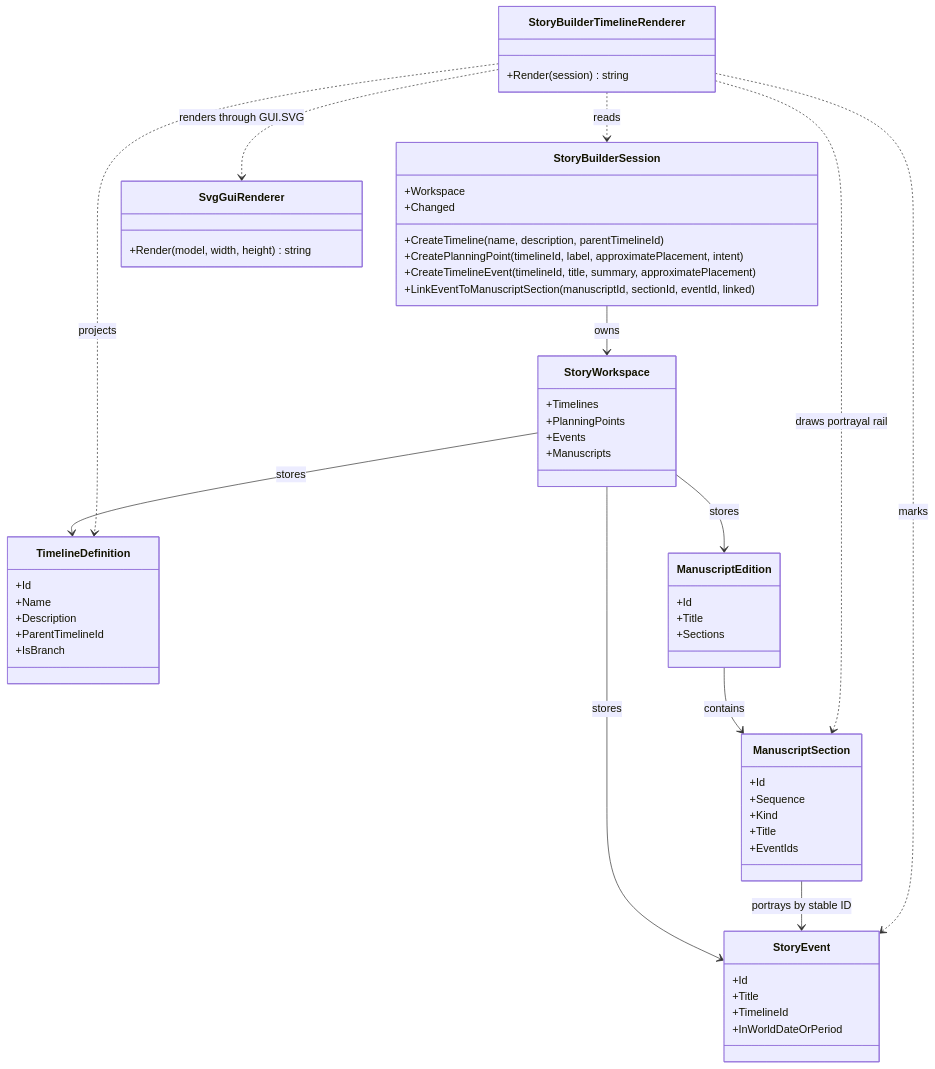
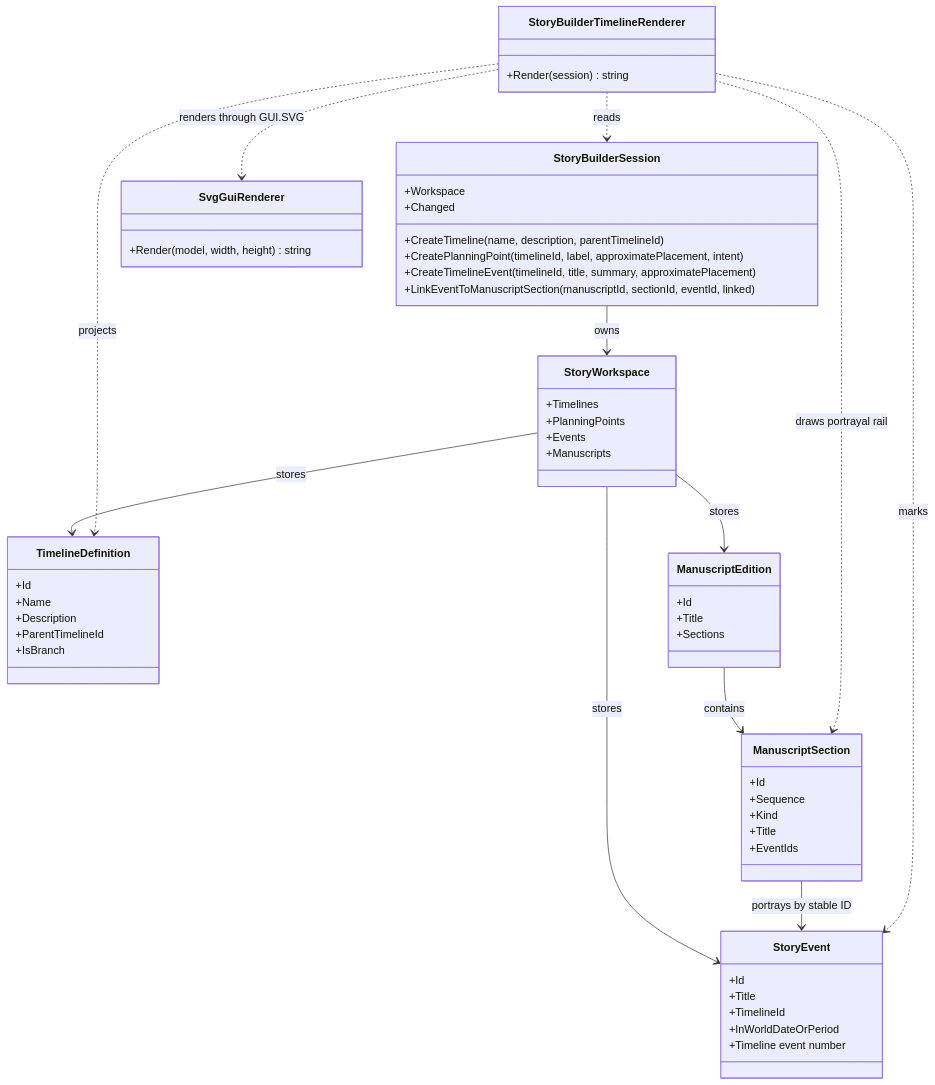
The diagram in docs/UML/StoryBuilderTimelineRendererUML.md (TrentBest/StoryBuilder), drawn with Mermaid before and after one commit. The commit also changed other lines of this file and 3 other files, not shown here.

Commit message:
Number timeline events across their book portrayal rail

````diff
--- a/docs/UML/StoryBuilderTimelineRendererUML.md
+++ b/docs/UML/StoryBuilderTimelineRendererUML.md
@@ -5,59 +5,60 @@
 ```mermaid
 classDiagram
     class StoryBuilderSession {
         +Workspace
         +CreateTimeline(name, description, parentTimelineId)
         +CreatePlanningPoint(timelineId, label, approximatePlacement, intent)
         +CreateTimelineEvent(timelineId, title, summary, approximatePlacement)
         +LinkEventToManuscriptSection(manuscriptId, sectionId, eventId, linked)
         +Changed
     }
     class StoryWorkspace {
         +Timelines
         +PlanningPoints
         +Events
         +Manuscripts
     }
     class TimelineDefinition {
         +Id
         +Name
         +Description
         +ParentTimelineId
         +IsBranch
     }
     class StoryEvent {
         +Id
         +Title
         +TimelineId
         +InWorldDateOrPeriod
+        +Timeline event number
     }
     class ManuscriptEdition {
         +Id
         +Title
         +Sections
     }
     class ManuscriptSection {
         +Id
         +Sequence
         +Kind
         +Title
         +EventIds
     }
     class StoryBuilderTimelineRenderer {
         +Render(session) string
     }
     class SvgGuiRenderer {
         +Render(model, width, height) string
     }
     StoryBuilderSession --> StoryWorkspace : owns
     StoryWorkspace --> TimelineDefinition : stores
     StoryWorkspace --> StoryEvent : stores
     StoryWorkspace --> ManuscriptEdition : stores
     ManuscriptEdition --> ManuscriptSection : contains
     ManuscriptSection --> StoryEvent : portrays by stable ID
     StoryBuilderTimelineRenderer ..> StoryBuilderSession : reads
     StoryBuilderTimelineRenderer ..> SvgGuiRenderer : renders through GUI.SVG
     StoryBuilderTimelineRenderer ..> TimelineDefinition : projects
     StoryBuilderTimelineRenderer ..> StoryEvent : marks
     StoryBuilderTimelineRenderer ..> ManuscriptSection : draws portrayal rail
 ```
````
